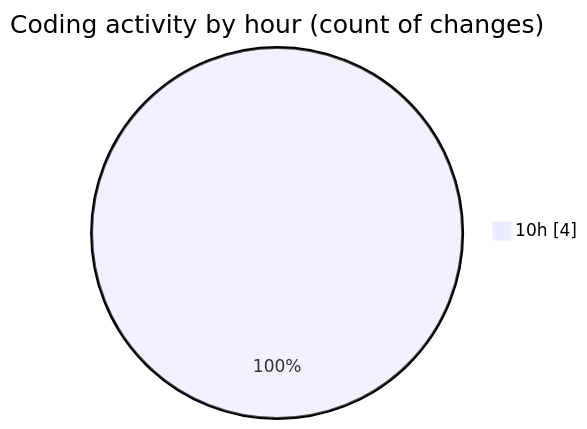
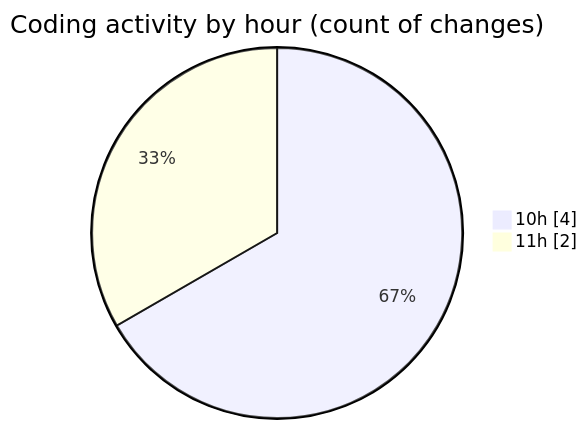
One commit to trdunsworth/code-tracking changed the second of 2 diagrams in 2025-04-23/synth_911data_gen/README.md. Above: the diagram before and after it, drawn with Mermaid. The commit also changed other lines of this file and 1 other file, not shown here.

````diff
--- a/2025-04-23/synth_911data_gen/README.md
+++ b/2025-04-23/synth_911data_gen/README.md
@@ -28,5 +28,6 @@
 ```mermaid
 pie showData
 title Coding activity by hour (count of changes)
 "10h" : 4
+"11h" : 2
 ```
````
